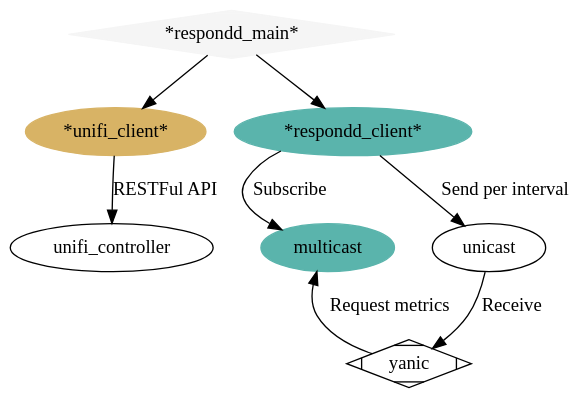
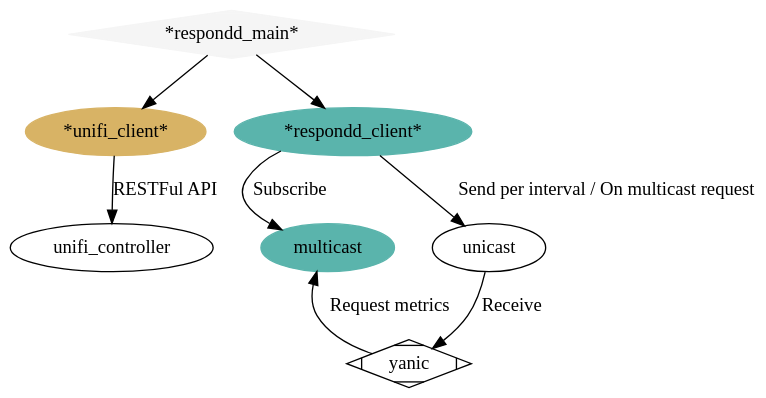
One commit to freifunkMUC/unifi_respondd changed the diagram in docs/architecture.dot. Above: the diagram before and after it, drawn with Graphviz. The commit also changed 1 other file, not shown here.

```diff
--- a/docs/architecture.dot
+++ b/docs/architecture.dot
@@ -1,49 +1,49 @@
 # http://www.graphviz.org/content/cluster
 
 digraph G {
   graph [fontname = "Handlee"];
   node [fontname = "Handlee"];
   edge [fontname = "Handlee"];
 
   bgcolor=transparent;
 
   subgraph unifi_client {
     style=filled;
     color=lightgrey;
     style="dotted"
     node [style=filled,color="#d8b365"];
     unifi_client [label="*unifi_client*"];
     fontsize = 20;
   }
 
   subgraph respondd {
     node [style=filled,color="#f5f5f5"];
     style="dotted"
     respondd [label="*respondd_main*"];
     fontsize = 20;
     color=blue
   }
   subgraph respondd_client {
     node [style=filled,color="#5ab4ac"];
     style="dotted"
     color=blue;
     label = "*respondd_client*";
     fontsize = 20;
     color=blue
     multicast -> respondd_client -> multicast[style=invis];
     respondd_client [label="*respondd_client*"];
   }
 
   yanic [shape=Mdiamond];
   respondd [shape=Mdiamond]
   
   unifi_client -> unifi_controller [label="RESTFul API"];
   respondd_client -> multicast [label="Subscribe"];
-  respondd_client -> unicast [label="Send per interval"];
+  respondd_client -> unicast [label="Send per interval / On multicast request"];
   unicast -> yanic [label="Receive"]
   yanic -> multicast [label="Request metrics"]
   respondd -> respondd_client
   respondd -> unifi_client
   {rank=same unifi_controller multicast unicast}
   {rank=same unifi_client respondd_client}
 }
```
